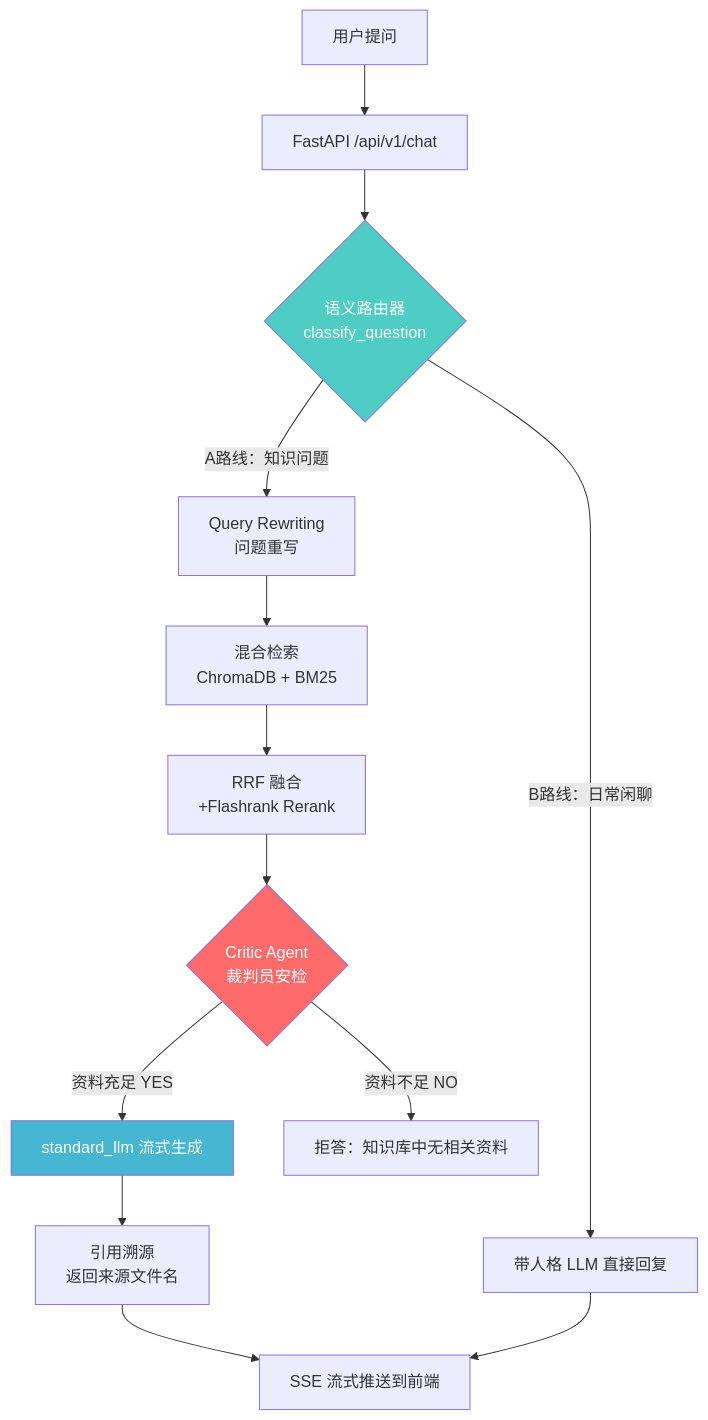
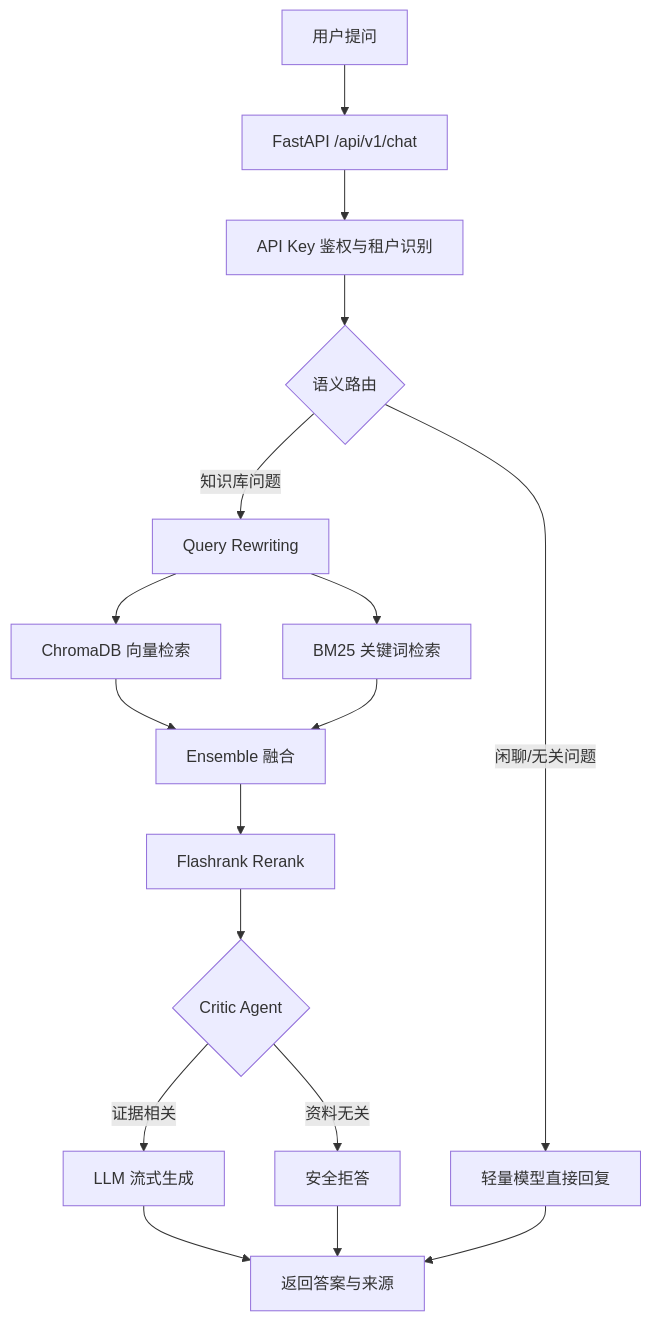
One commit to Autumn8001/Rag changed the second of 2 diagrams in README.md. Above: the diagram before and after it, drawn with Mermaid. The commit also changed other lines of this file and 18 other files, not shown here.

````diff
--- a/README.md
+++ b/README.md
@@ -88,23 +87,19 @@
 ```mermaid
 graph TD
     A[用户提问] --> B[FastAPI /api/v1/chat]
-    B --> C{语义路由器\nclassify_question}
-
-    C -->|A路线：知识问题| D[Query Rewriting\n问题重写]
-    C -->|B路线：日常闲聊| E[带人格 LLM 直接回复]
-
-    D --> F[混合检索\nChromaDB + BM25]
-    F --> G[RRF 融合\n+Flashrank Rerank]
-    G --> H{Critic Agent\n裁判员安检}
-
-    H -->|资料充足 YES| I[standard_llm 流式生成]
-    H -->|资料不足 NO| J[拒答：知识库中无相关资料]
-
-    I --> K[引用溯源\n返回来源文件名]
-    K --> L[SSE 流式推送到前端]
-    E --> L
-
-    style H fill:#ff6b6b,color:#fff
-    style C fill:#4ecdc4,color:#fff
-    style I fill:#45b7d1,color:#fff
+    B --> Auth[API Key 鉴权与租户识别]
+    Auth --> C{语义路由}
+    C -->|知识库问题| D[Query Rewriting]
+    C -->|闲聊/无关问题| E[轻量模型直接回复]
+    D --> F[ChromaDB 向量检索]
+    D --> G[BM25 关键词检索]
+    F --> H[Ensemble 融合]
+    G --> H
+    H --> I[Flashrank Rerank]
+    I --> J{Critic Agent}
+    J -->|证据相关| K[LLM 流式生成]
+    J -->|资料无关| L[安全拒答]
+    K --> M[返回答案与来源]
+    E --> M
+    L --> M
 ```
````
